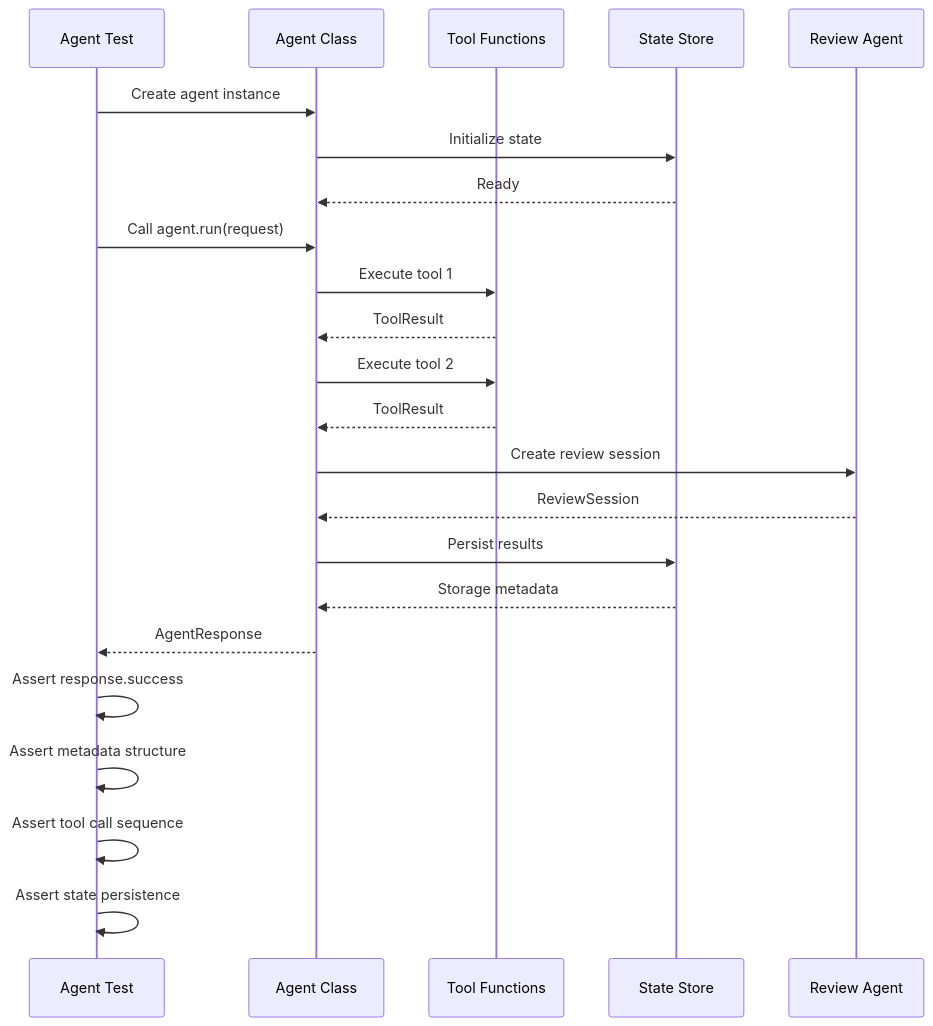
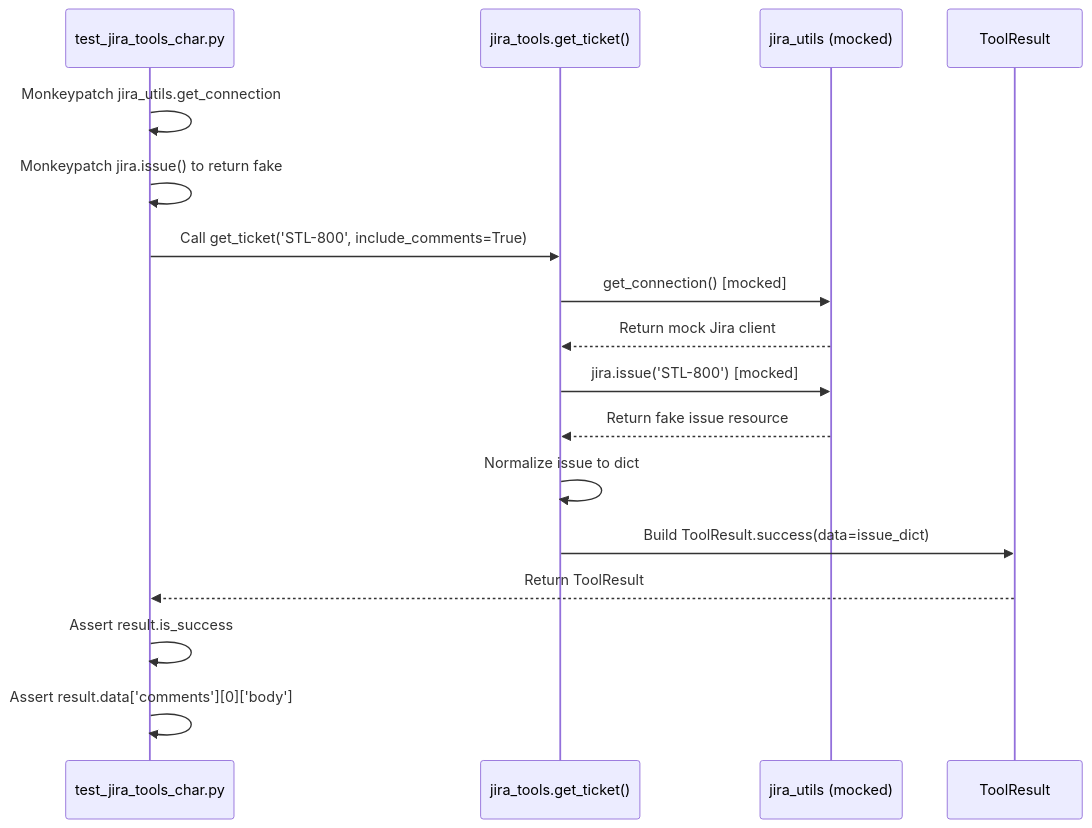
Before and after one commit to jmac-cornelis/agent-workforce: the third of 4 diagrams in docs/tests.md, drawn with Mermaid. The commit also changed other lines of this file and 5 other files, not shown here.

````diff
--- a/docs/tests.md
+++ b/docs/tests.md
@@ -122,31 +93,20 @@
 ```mermaid
 sequenceDiagram
-    participant Test as Agent Test
-    participant Agent as Agent Class
-    participant Tools as Tool Functions
-    participant Store as State Store
-    participant Review as Review Agent
+    participant Test as test_jira_tools_char.py
+    participant Tool as jira_tools.get_ticket()
+    participant Utils as jira_utils (mocked)
+    participant Result as ToolResult
     
-    Test->>Agent: Create agent instance
-    Agent->>Store: Initialize state
-    Store-->>Agent: Ready
-    
-    Test->>Agent: Call agent.run(request)
-    Agent->>Tools: Execute tool 1
-    Tools-->>Agent: ToolResult
-    Agent->>Tools: Execute tool 2
-    Tools-->>Agent: ToolResult
-    
-    Agent->>Review: Create review session
-    Review-->>Agent: ReviewSession
-    
-    Agent->>Store: Persist results
-    Store-->>Agent: Storage metadata
-    
-    Agent-->>Test: AgentResponse
-    
-    Test->>Test: Assert response.success
-    Test->>Test: Assert metadata structure
-    Test->>Test: Assert tool call sequence
-    Test->>Test: Assert state persistence
+    Test->>Test: Monkeypatch jira_utils.get_connection
+    Test->>Test: Monkeypatch jira.issue() to return fake
+    Test->>Tool: Call get_ticket('STL-800', include_comments=True)
+    Tool->>Utils: get_connection() [mocked]
+    Utils-->>Tool: Return mock Jira client
+    Tool->>Utils: jira.issue('STL-800') [mocked]
+    Utils-->>Tool: Return fake issue resource
+    Tool->>Tool: Normalize issue to dict
+    Tool->>Result: Build ToolResult.success(data=issue_dict)
+    Result-->>Test: Return ToolResult
+    Test->>Test: Assert result.is_success
+    Test->>Test: Assert result.data['comments'][0]['body']
 ```
````
